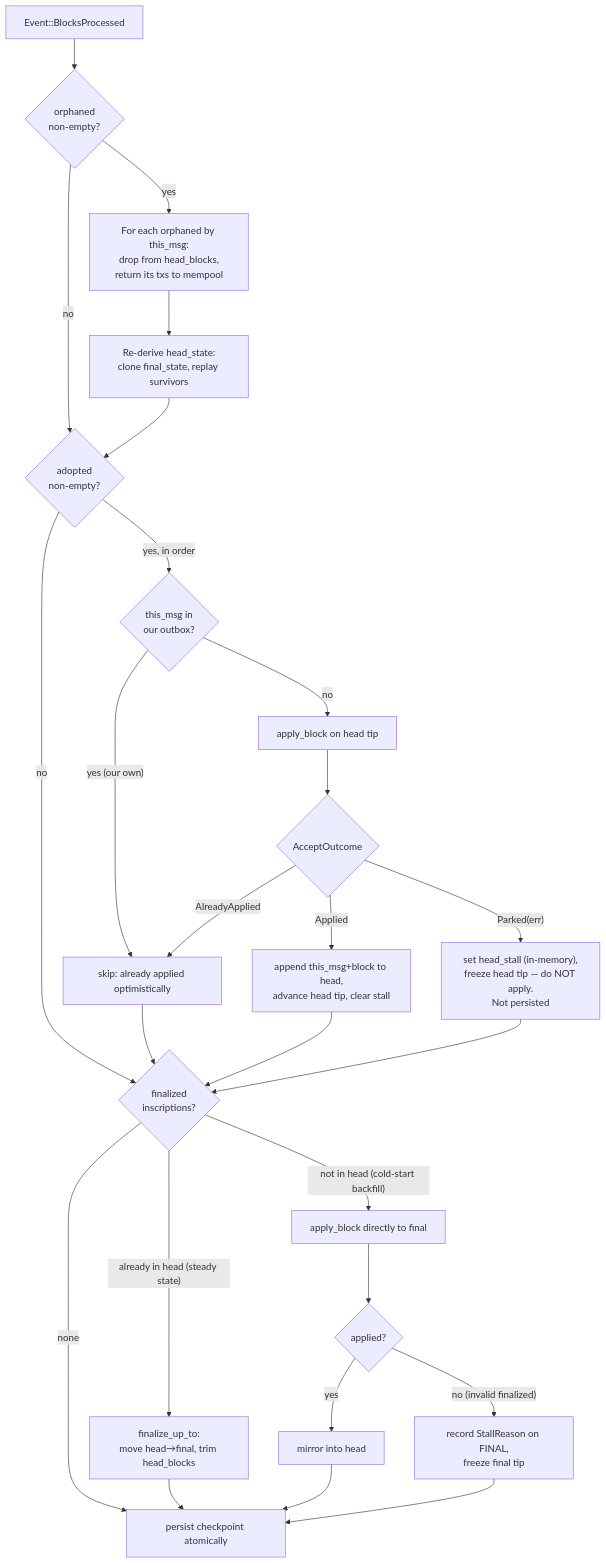
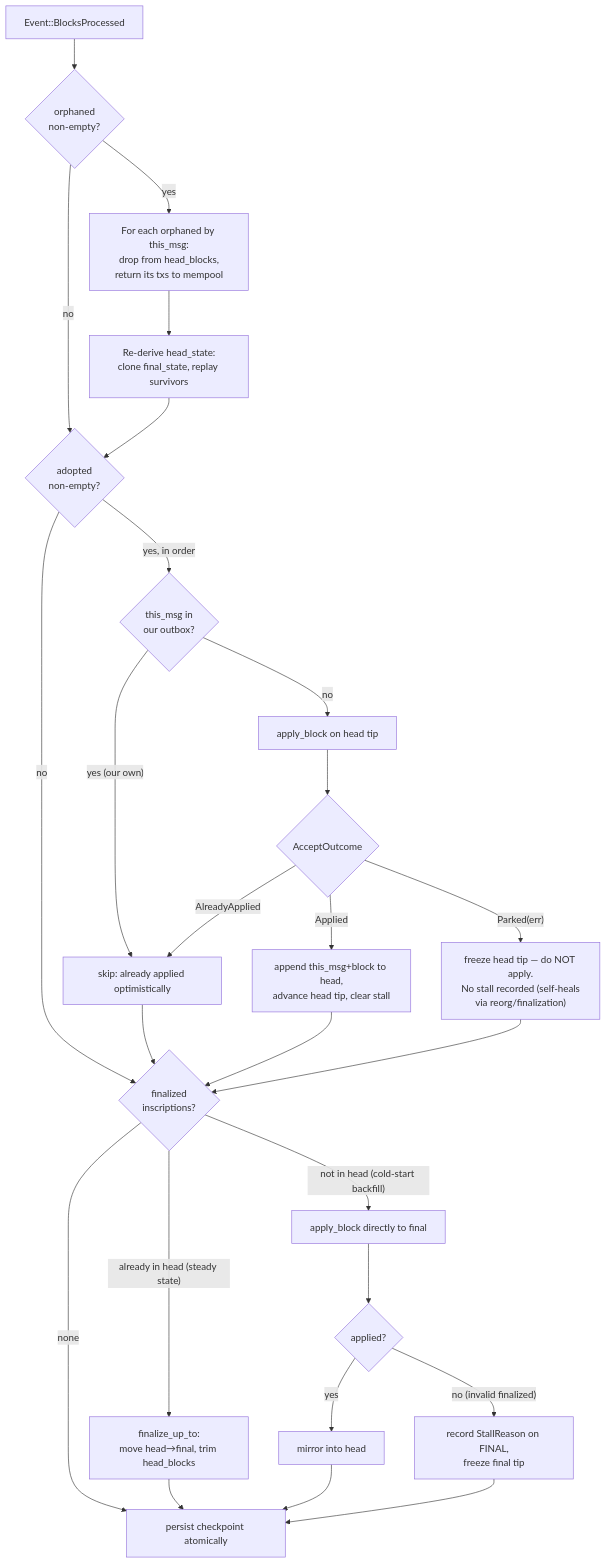
One commit to logos-blockchain/logos-execution-zone changed the first of 2 diagrams in lez/chain_state/DESIGN.md. Above: the diagram before and after it, drawn with Mermaid. The commit also changed other lines of this file and 7 other files, not shown here.

````diff
--- a/lez/chain_state/DESIGN.md
+++ b/lez/chain_state/DESIGN.md
@@ -192,30 +201,30 @@
 ```mermaid
 flowchart TD
     EV["Event::BlocksProcessed"] --> ORPH{"orphaned<br/>non-empty?"}
     ORPH -->|yes| REV["For each orphaned by this_msg:<br/>drop from head_blocks,<br/>return its txs to mempool"]
     REV --> RED["Re-derive head_state:<br/>clone final_state, replay survivors"]
     ORPH -->|no| ADO
     RED --> ADO{"adopted<br/>non-empty?"}
     ADO -->|"yes, in order"| DEDUP{"this_msg in<br/>our outbox?"}
     ADO -->|no| FIN
     DEDUP -->|"yes (our own)"| SKIP["skip: already applied optimistically"]
     DEDUP -->|no| VAL["apply_block on head tip"]
     VAL --> OUT{"AcceptOutcome"}
     OUT -->|Applied| APP["append this_msg+block to head,<br/>advance head tip, clear stall"]
     OUT -->|AlreadyApplied| SKIP
-    OUT -->|"Parked(err)"| PARK["set head_stall (in-memory),<br/>freeze head tip — do NOT apply.<br/>Not persisted"]
+    OUT -->|"Parked(err)"| PARK["freeze head tip — do NOT apply.<br/>No stall recorded (self-heals<br/>via reorg/finalization)"]
     SKIP --> FIN
     APP --> FIN
     PARK --> FIN
     FIN{"finalized<br/>inscriptions?"}
     FIN -->|"already in head (steady state)"| MOVE["finalize_up_to:<br/>move head→final, trim head_blocks"]
     FIN -->|"not in head (cold-start backfill)"| DIRECT["apply_block directly to final"]
     DIRECT --> DOK{"applied?"}
     DOK -->|yes| MIRROR["mirror into head"]
     DOK -->|"no (invalid finalized)"| FSTALL["record StallReason on FINAL,<br/>freeze final tip"]
     FIN -->|none| CP
     MOVE --> CP
     MIRROR --> CP
     FSTALL --> CP
     CP["persist checkpoint atomically"]
 ```
````
